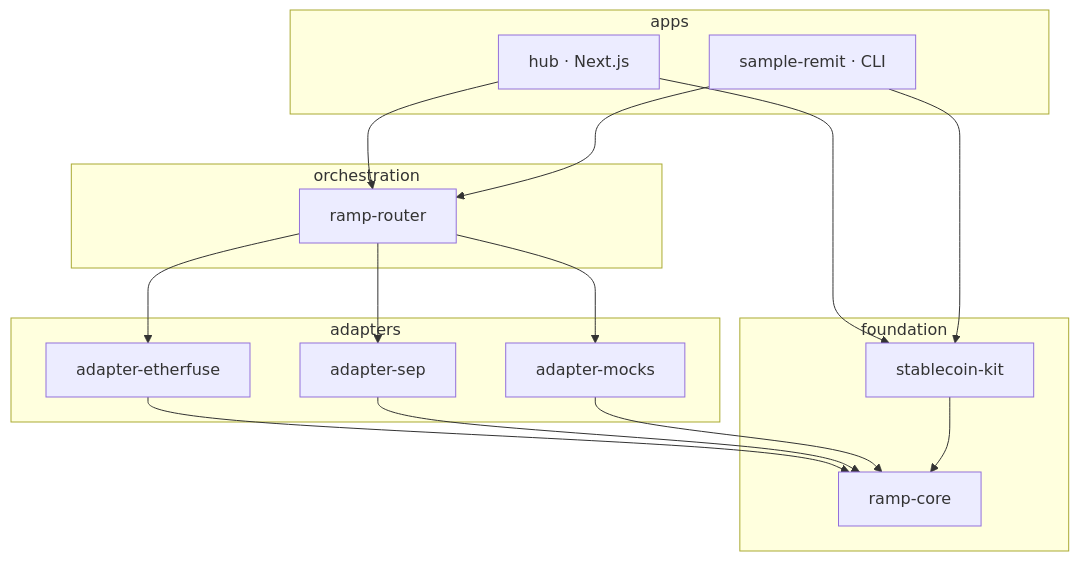
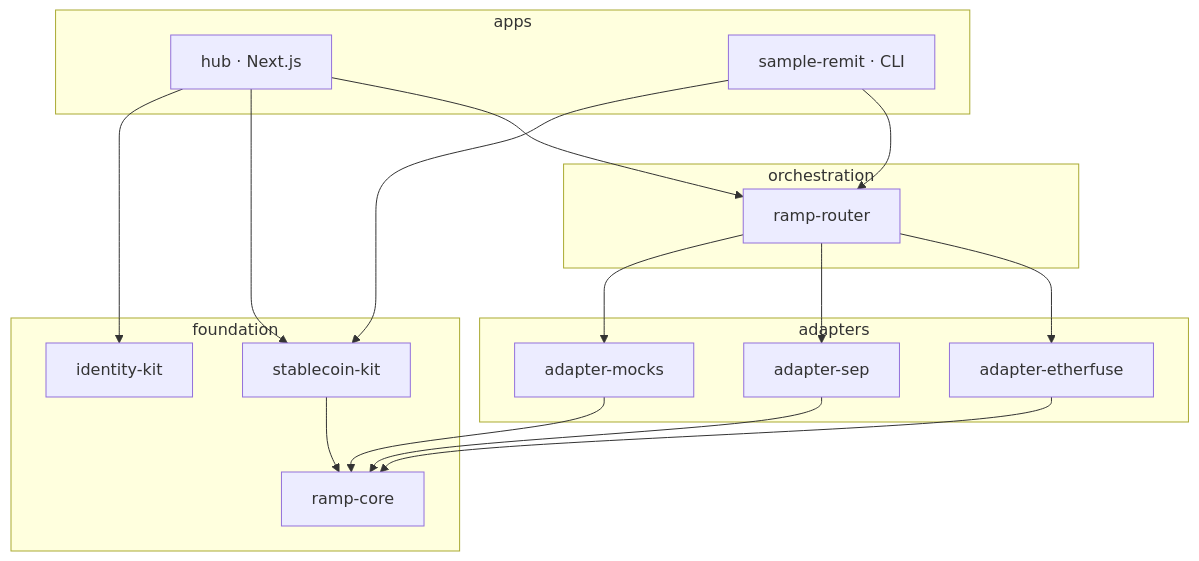
Before and after one commit to ACTA-Team/brazil-regional-kit: the diagram in docs/architecture.md, drawn with Mermaid. The commit also changed other lines of this file and 12 other files, not shown here.

````diff
--- a/docs/architecture.md
+++ b/docs/architecture.md
@@ -27,27 +27,29 @@
 ```mermaid
 flowchart TD
   subgraph apps
     Hub[hub · Next.js]
     Sample[sample-remit · CLI]
   end
   subgraph orchestration
     Router[ramp-router]
   end
   subgraph adapters
     AE[adapter-etherfuse]
     AS[adapter-sep]
     AM[adapter-mocks]
   end
   subgraph foundation
     Core[ramp-core]
     SK[stablecoin-kit]
+    ID[identity-kit]
   end
 
   Hub --> Router
   Hub --> SK
+  Hub --> ID
   Sample --> Router
   Sample --> SK
   Router --> AE & AS & AM
   AE & AS & AM --> Core
   SK --> Core
 ```
````
